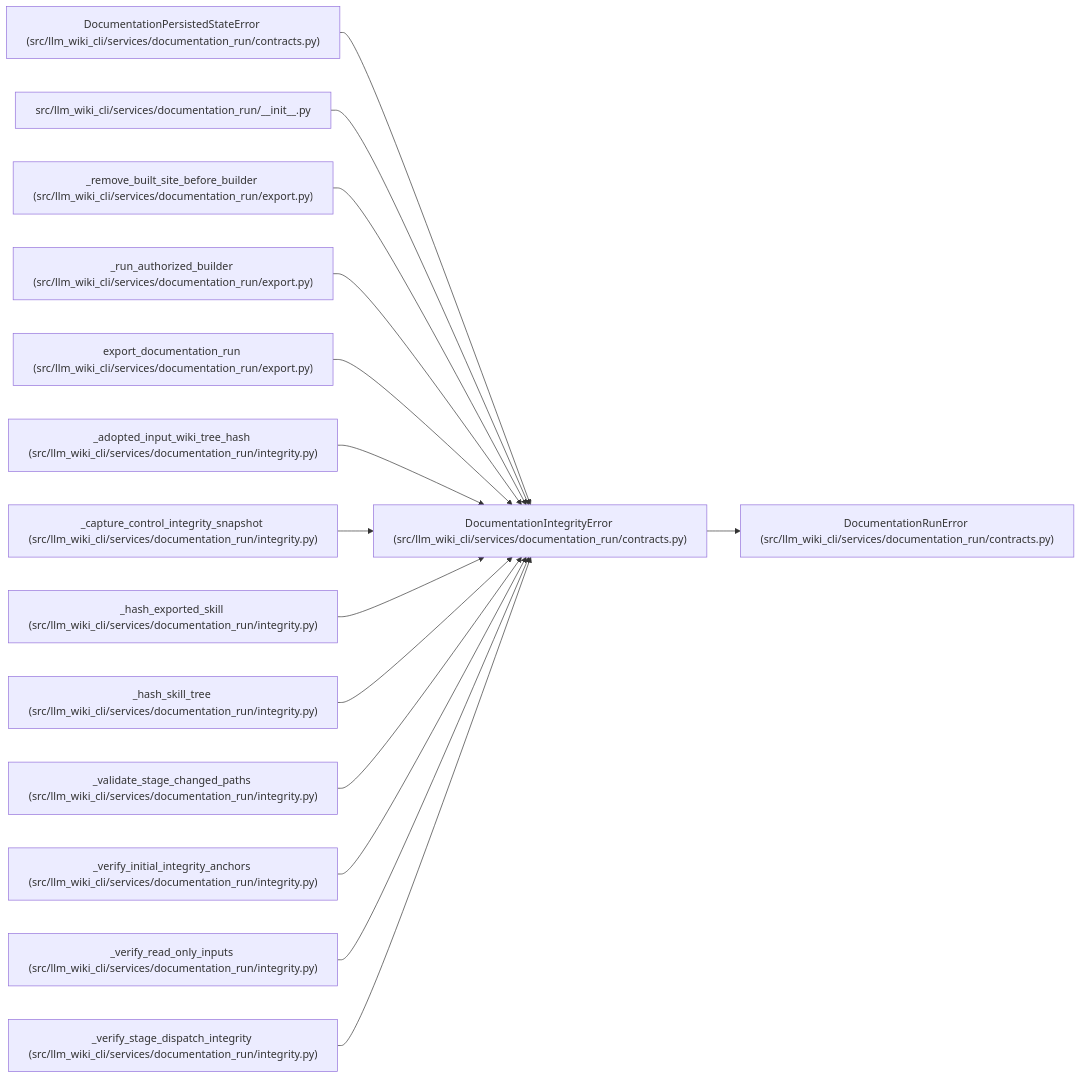
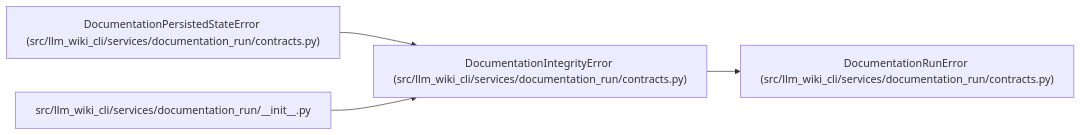
Before and after one commit to Denissvgn/python-wiki-llm: the diagram in docs/llm_wiki/entities/DocumentationIntegrityError.md, drawn with Mermaid. The commit also changed other lines of this file and 719 other files, not shown here.

````diff
--- a/docs/llm_wiki/entities/DocumentationIntegrityError.md
+++ b/docs/llm_wiki/entities/DocumentationIntegrityError.md
@@ -23,47 +23,14 @@
 ```mermaid
 flowchart LR
     n0["DocumentationIntegrityError (src/llm_wiki_cli/services/documentation_run/contracts.py)"]
     n1["DocumentationRunError (src/llm_wiki_cli/services/documentation_run/contracts.py)"]
     n2["DocumentationPersistedStateError (src/llm_wiki_cli/services/documentation_run/contracts.py)"]
     n3["src/llm_wiki_cli/services/documentation_run/__init__.py"]
-    n4["_remove_built_site_before_builder (src/llm_wiki_cli/services/documentation_run/export.py)"]
-    n5["_run_authorized_builder (src/llm_wiki_cli/services/documentation_run/export.py)"]
-    n6["export_documentation_run (src/llm_wiki_cli/services/documentation_run/export.py)"]
-    n7["_adopted_input_wiki_tree_hash (src/llm_wiki_cli/services/documentation_run/integrity.py)"]
-    n8["_capture_control_integrity_snapshot (src/llm_wiki_cli/services/documentation_run/integrity.py)"]
-    n9["_hash_exported_skill (src/llm_wiki_cli/services/documentation_run/integrity.py)"]
-    n10["_hash_skill_tree (src/llm_wiki_cli/services/documentation_run/integrity.py)"]
-    n11["_validate_stage_changed_paths (src/llm_wiki_cli/services/documentation_run/integrity.py)"]
-    n12["_verify_initial_integrity_anchors (src/llm_wiki_cli/services/documentation_run/integrity.py)"]
-    n13["_verify_read_only_inputs (src/llm_wiki_cli/services/documentation_run/integrity.py)"]
-    n14["_verify_stage_dispatch_integrity (src/llm_wiki_cli/services/documentation_run/integrity.py)"]
     n0 --> n1
     n2 --> n0
     n3 --> n0
-    n4 --> n0
-    n5 --> n0
-    n6 --> n0
-    n7 --> n0
-    n8 --> n0
-    n9 --> n0
-    n10 --> n0
-    n11 --> n0
-    n12 --> n0
-    n13 --> n0
-    n14 --> n0
     click n0 "../modules/documentation_run_contracts.md"
     click n1 "../modules/documentation_run_contracts.md"
     click n2 "../modules/documentation_run_contracts.md"
     click n3 "../modules/documentation_run___init__.md"
-    click n4 "../modules/export.md"
-    click n5 "../modules/export.md"
-    click n6 "../modules/export.md"
-    click n7 "../modules/integrity.md"
-    click n8 "../modules/integrity.md"
-    click n9 "../modules/integrity.md"
-    click n10 "../modules/integrity.md"
-    click n11 "../modules/integrity.md"
-    click n12 "../modules/integrity.md"
-    click n13 "../modules/integrity.md"
-    click n14 "../modules/integrity.md"
 ```
````
